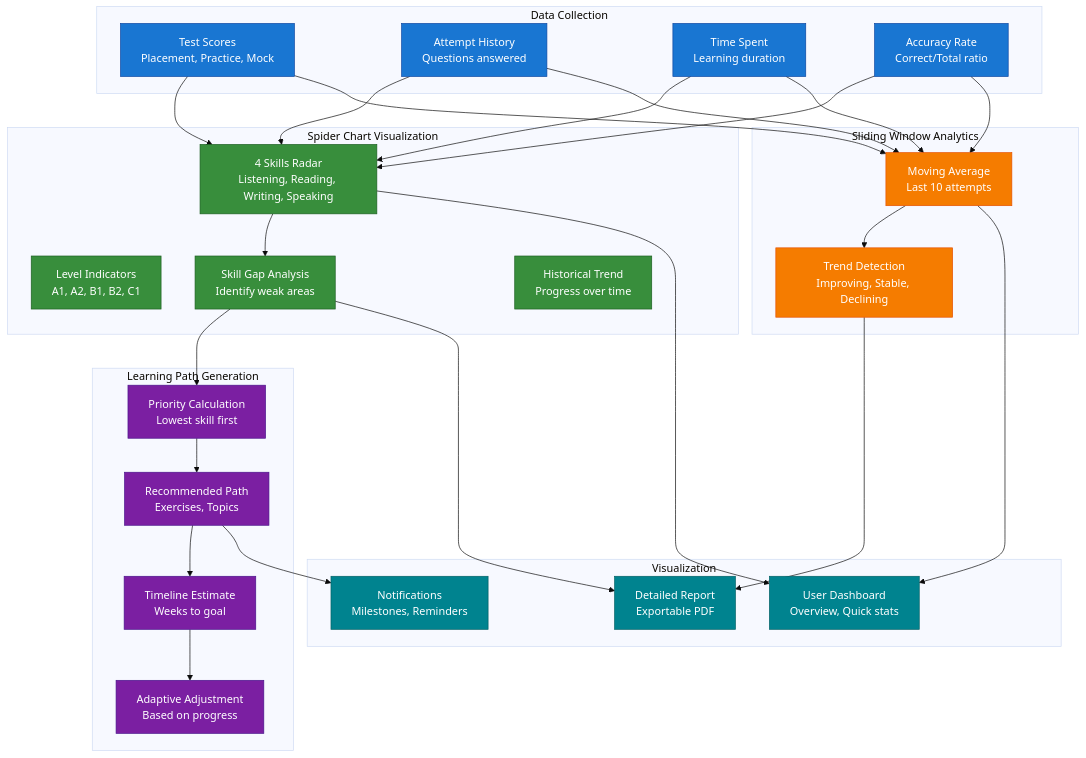
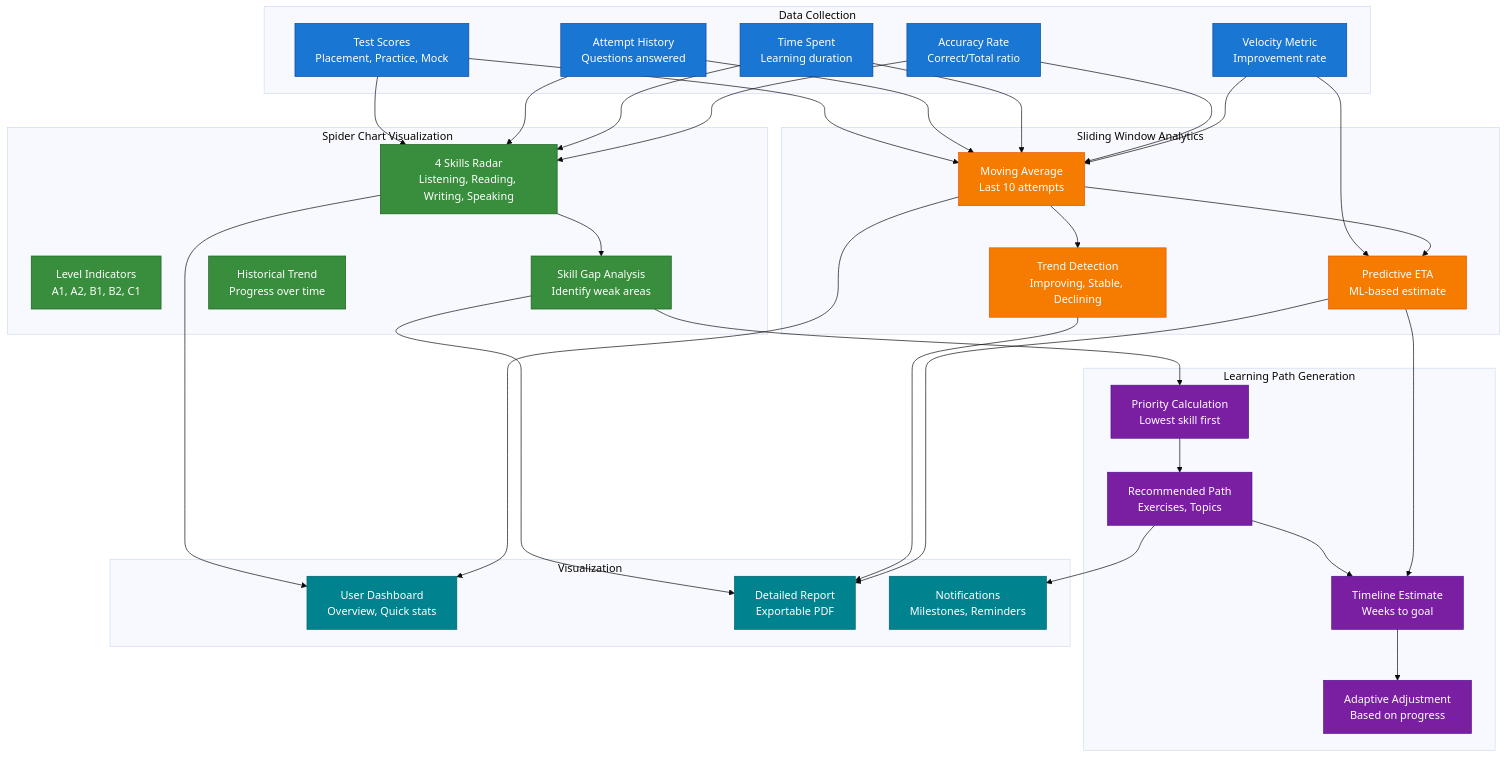
Diagram 12 of 13 in docs/capstone/diagrams/flow-diagrams.vi.md (nghyane/VSTEP), drawn with Mermaid (base theme) before and after one commit. The commit also changed other lines of this file, not shown here.

First line of the commit message:
docs: enhance flow diagrams with error handling, saga pattern, and confidence scoring

````diff
--- a/docs/capstone/diagrams/flow-diagrams.vi.md
+++ b/docs/capstone/diagrams/flow-diagrams.vi.md
@@ -494,66 +991,75 @@
 ```mermaid
 flowchart TB
     subgraph DataCollection ["Data Collection"]
         Scores["Test Scores<br/>Placement, Practice, Mock"]
         Attempts["Attempt History<br/>Questions answered"]
         Time["Time Spent<br/>Learning duration"]
         Accuracy["Accuracy Rate<br/>Correct/Total ratio"]
+        Velocity["Velocity Metric<br/>Improvement rate"]
     end
 
     subgraph SpiderChart ["Spider Chart Visualization"]
         Skills["4 Skills Radar<br/>Listening, Reading, Writing, Speaking"]
         Levels["Level Indicators<br/>A1, A2, B1, B2, C1"]
         Gap["Skill Gap Analysis<br/>Identify weak areas"]
         History["Historical Trend<br/>Progress over time"]
     end
 
     subgraph SlidingWindow ["Sliding Window Analytics"]
         Window["Moving Average<br/>Last 10 attempts"]
         Trend["Trend Detection<br/>Improving, Stable, Declining"]
+        Prediction["Predictive ETA<br/>ML-based estimate"]
     end
 
     subgraph LearningPath ["Learning Path Generation"]
         Priority["Priority Calculation<br/>Lowest skill first"]
         Path["Recommended Path<br/>Exercises, Topics"]
         Timeline["Timeline Estimate<br/>Weeks to goal"]
         Adjust["Adaptive Adjustment<br/>Based on progress"]
     end
 
     subgraph Visualization ["Visualization"]
         Dashboard["User Dashboard<br/>Overview, Quick stats"]
         Report2["Detailed Report<br/>Exportable PDF"]
         Notification["Notifications<br/>Milestones, Reminders"]
     end
 
     Scores --> Skills
     Scores --> Window
     Attempts --> Skills
     Attempts --> Window
     Time --> Skills
     Time --> Window
     Accuracy --> Skills
     Accuracy --> Window
+    Velocity --> Window
+    Velocity --> Prediction
+
     Skills --> Gap
     Gap --> Priority
     Window --> Trend
+    Window --> Prediction
     Priority --> Path
     Path --> Timeline
     Timeline --> Adjust
+    Prediction --> Timeline
+
     Skills --> Dashboard
     Window --> Dashboard
     Gap --> Report2
     Trend --> Report2
+    Prediction --> Report2
     Path --> Notification
 
     classDef data fill:#1976d2,stroke:#0d47a1,color:#fff
     classDef spider fill:#388e3c,stroke:#1b5e20,color:#fff
     classDef sliding fill:#f57c00,stroke:#e65100,color:#fff
     classDef path fill:#7b1fa2,stroke:#4a148c,color:#fff
     classDef viz fill:#00838f,stroke:#006064,color:#fff
 
-    class Scores,Attempts,Time,Accuracy data
+    class Scores,Attempts,Time,Accuracy,Velocity data
     class Skills,Levels,Gap,History spider
-    class Window,Trend sliding
+    class Window,Trend,Prediction sliding
     class Priority,Path,Timeline,Adjust path
     class Dashboard,Report2,Notification viz
 ```
````
